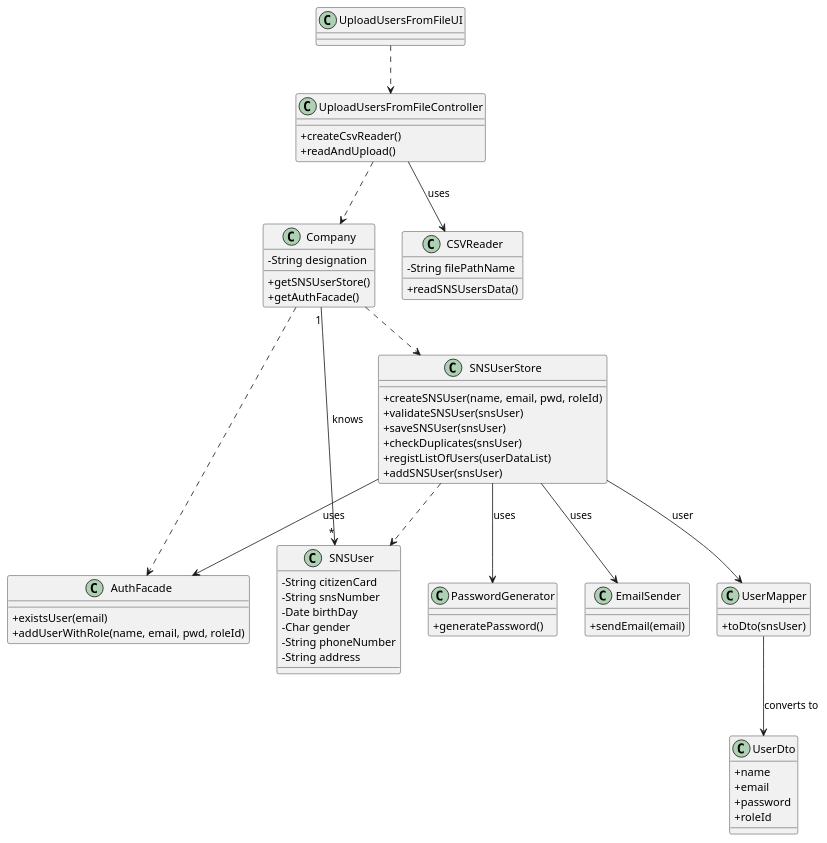
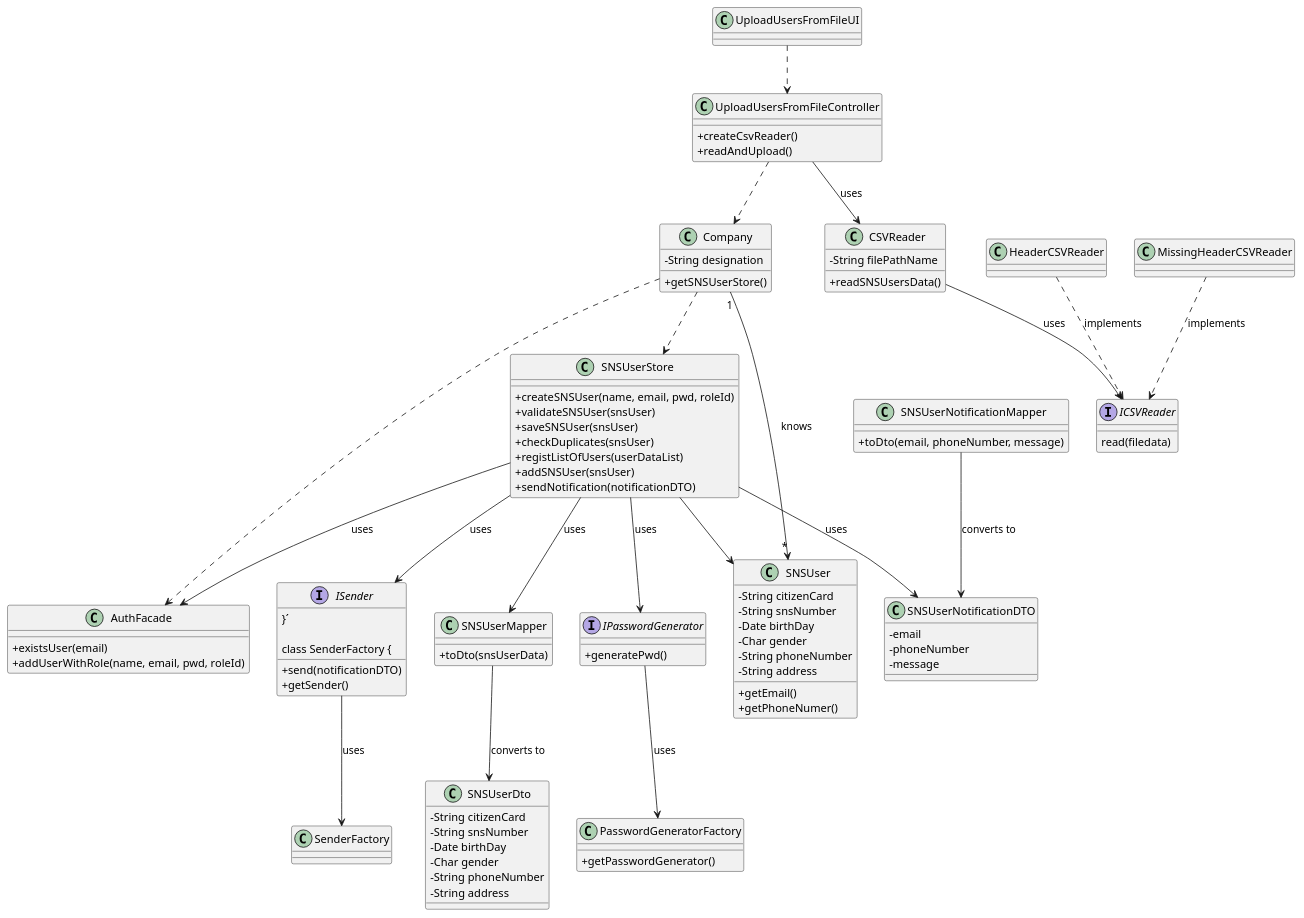
The diagram in docs/SprintC/US14/CD/US14_CD.puml (miseEnPlace-i/lapr2), drawn with PlantUML before and after one commit. The commit also changed 2 other files, not shown here.

```diff
--- a/docs/SprintC/US14/CD/US14_CD.puml
+++ b/docs/SprintC/US14/CD/US14_CD.puml
@@ -1,79 +1,115 @@
 @startuml
 skinparam classAttributeIconSize 0
 
 class AuthFacade {
   + existsUser(email)
   + addUserWithRole(name, email, pwd, roleId)
 }
 
 class Company {
   - String designation
   + getSNSUserStore()
-  + getAuthFacade()
 }
 
 class UploadUsersFromFileController {
   + createCsvReader()
   + readAndUpload()
 }
 
 class UploadUsersFromFileUI { }
 
 class SNSUser {
   - String citizenCard
   - String snsNumber
   - Date birthDay
   - Char gender
   - String phoneNumber
   - String address
+
+  +getEmail()
+  +getPhoneNumer()
 }
 
 class SNSUserStore {
   + createSNSUser(name, email, pwd, roleId)
   + validateSNSUser(snsUser)
   + saveSNSUser(snsUser)
   + checkDuplicates(snsUser)
   + registListOfUsers(userDataList)
   + addSNSUser(snsUser)
+  + sendNotification(notificationDTO)
 }
 
-class PasswordGenerator {
-  + generatePassword()
+interface IPasswordGenerator {
+  + generatePwd()
 }
 
-class EmailSender {
-  + sendEmail(email)
+class PasswordGeneratorFactory {
+  + getPasswordGenerator()
+}
+
+interface ISender {
+  + send(notificationDTO)
+}´
+
+class SenderFactory {
+  + getSender()
 }
 
 class CSVReader {
   - String filePathName
 
   + readSNSUsersData()
 }
 
-class UserMapper{
-  + toDto(snsUser)
+interface ICSVReader{
+  read(filedata)
 }
 
-class UserDto{
-  + name
-  + email
-  + password 
-  + roleId
+class HeaderCSVReader {}
+class MissingHeaderCSVReader{}
+
+class SNSUserMapper{
+  + toDto(snsUserData)
+}
+
+class SNSUserDto{
+  - String citizenCard
+  - String snsNumber
+  - Date birthDay
+  - Char gender
+  - String phoneNumber
+  - String address
+}
+
+class SNSUserNotificationMapper{
+  +toDto(email, phoneNumber, message)
+}
+
+class SNSUserNotificationDTO{
+  -email
+  -phoneNumber
+  -message
 }
 
 Company ..> SNSUserStore
 Company ..> AuthFacade
 Company "1" --> "*" SNSUser : knows
 UploadUsersFromFileController ..> Company
 UploadUsersFromFileUI ..> UploadUsersFromFileController
 UploadUsersFromFileController --> CSVReader : uses
+CSVReader --> ICSVReader : uses
 SNSUserStore --> AuthFacade : uses
-SNSUserStore --> PasswordGenerator : uses
-SNSUserStore --> EmailSender : uses
-SNSUserStore ..> SNSUser
-SNSUserStore --> UserMapper : user
-UserMapper --> UserDto : converts to
-
+SNSUserStore --> IPasswordGenerator : uses
+IPasswordGenerator --> PasswordGeneratorFactory : uses
+SNSUserStore --> ISender : uses
+ISender --> SenderFactory : uses
+SNSUserStore --> SNSUser
+SNSUserStore --> SNSUserMapper : uses
+SNSUserMapper --> SNSUserDto : converts to
+SNSUserStore --> SNSUserNotificationDTO : uses
+SNSUserNotificationMapper --> SNSUserNotificationDTO : converts to
+HeaderCSVReader ..> ICSVReader : implements
+MissingHeaderCSVReader ..> ICSVReader : implements
 
 @enduml
```
